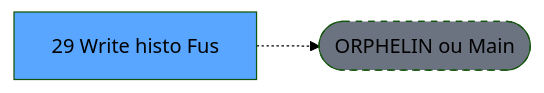
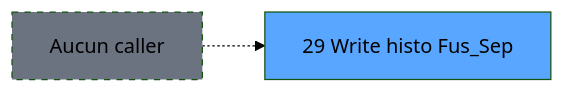
Before and after one commit to thonyAGP/lecteur-magic: the second of 3 diagrams in .openspec/specs/ADH-IDE-29.md, drawn with Mermaid (forest theme). The commit also changed other lines of this file and 96 other files, not shown here.

````diff
--- a/.openspec/specs/ADH-IDE-29.md
+++ b/.openspec/specs/ADH-IDE-29.md
@@ -117,8 +168,8 @@
 ```mermaid
 graph LR
-    T[29 Write histo Fus]
-    ORPHAN([ORPHELIN ou Main])
-    T -.-> ORPHAN
-    style T fill:#58a6ff,color:#000
-    style ORPHAN fill:#6b7280,stroke-dasharray: 5 5
+    T29[29 Write histo Fus_Sep]
+    style T29 fill:#58a6ff
+    NONE[Aucun caller]
+    NONE -.-> T29
+    style NONE fill:#6b7280,stroke-dasharray: 5 5
 ```
````
